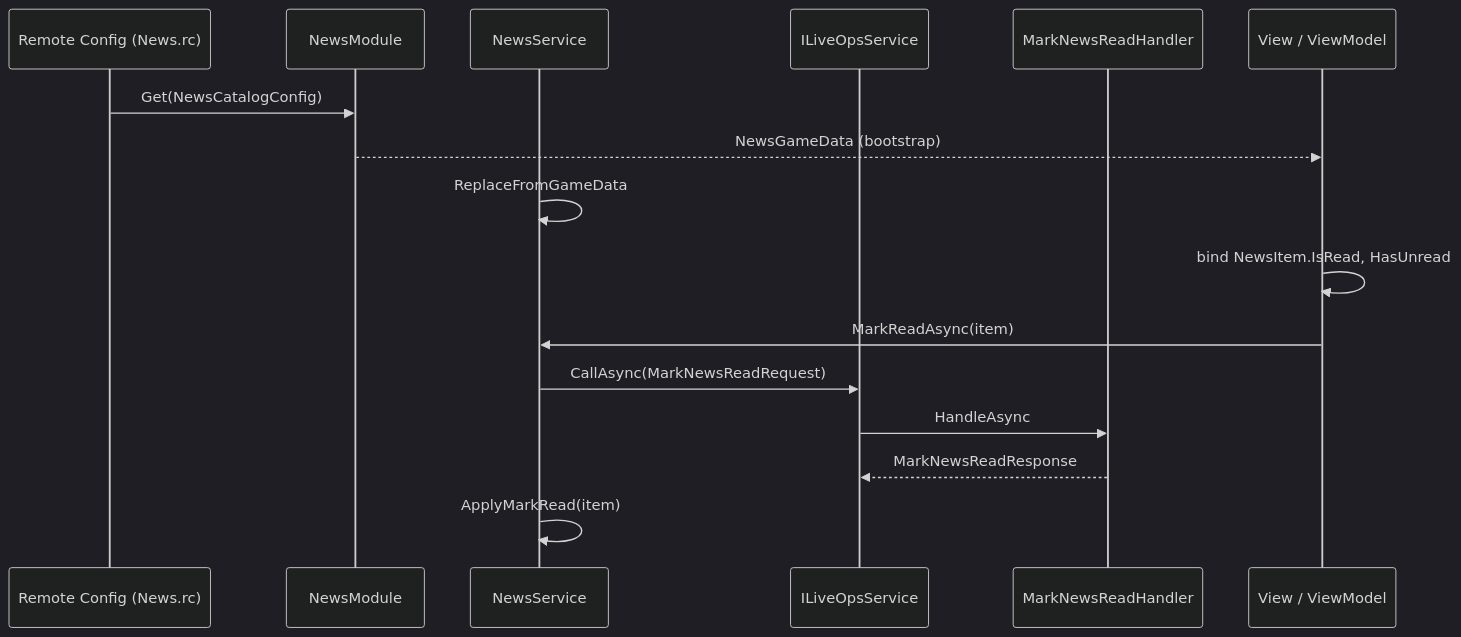
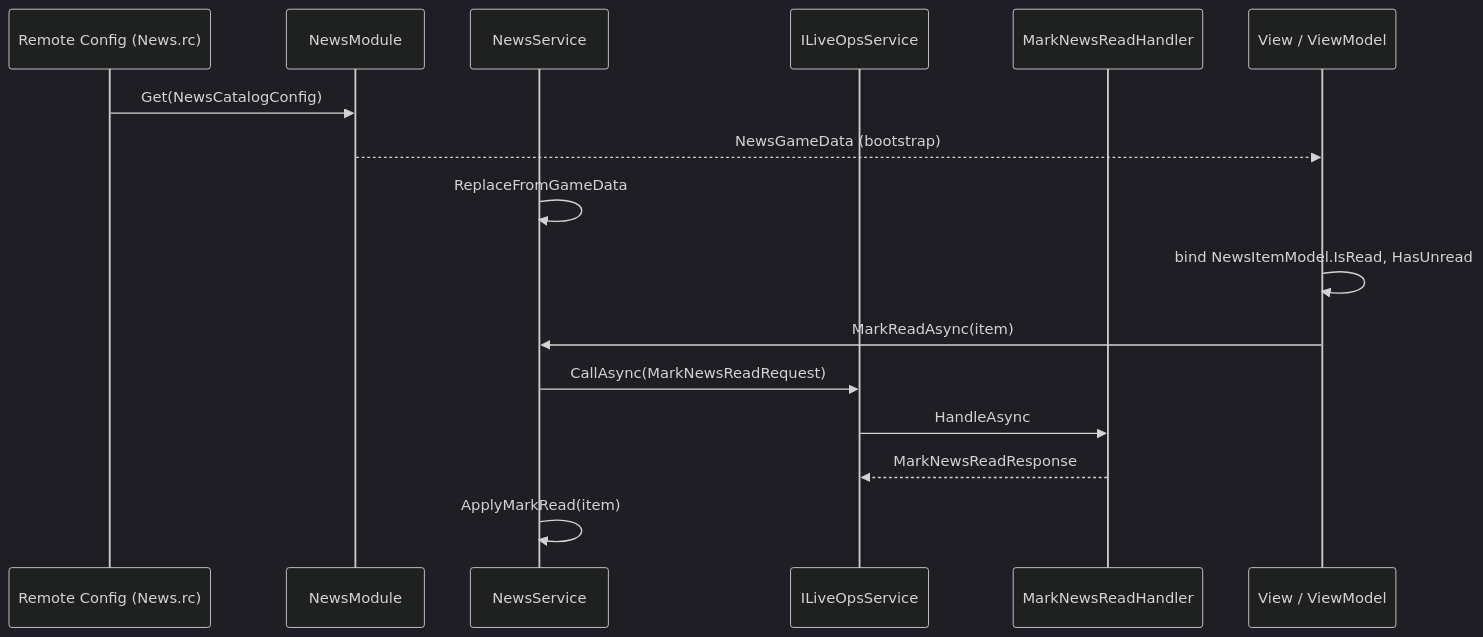
Before and after one commit to DuckDuckWeasel/Gear-Engine: the diagram in Docs/News-State-And-Services-Implementation-Guide.md, drawn with Mermaid (dark theme). The commit also changed other lines of this file, not shown here.

Commit message:
docs: make News row a Scaffold.MVVM Model for Bind API

````diff
--- a/Docs/News-State-And-Services-Implementation-Guide.md
+++ b/Docs/News-State-And-Services-Implementation-Guide.md
@@ -531,19 +524,19 @@
 ```mermaid
 sequenceDiagram
     participant RC as Remote Config (News.rc)
     participant Mod as NewsModule
     participant Svc as NewsService
     participant L as ILiveOpsService
     participant H as MarkNewsReadHandler
     participant UI as View / ViewModel
 
     RC->>Mod: Get(NewsCatalogConfig)
     Mod-->>UI: NewsGameData (bootstrap)
     Svc->>Svc: ReplaceFromGameData
-    UI->>UI: bind NewsItem.IsRead, HasUnread
+    UI->>UI: bind NewsItemModel.IsRead, HasUnread
     UI->>Svc: MarkReadAsync(item)
     Svc->>L: CallAsync(MarkNewsReadRequest)
     L->>H: HandleAsync
     H-->>L: MarkNewsReadResponse
     Svc->>Svc: ApplyMarkRead(item)
 ```
````
